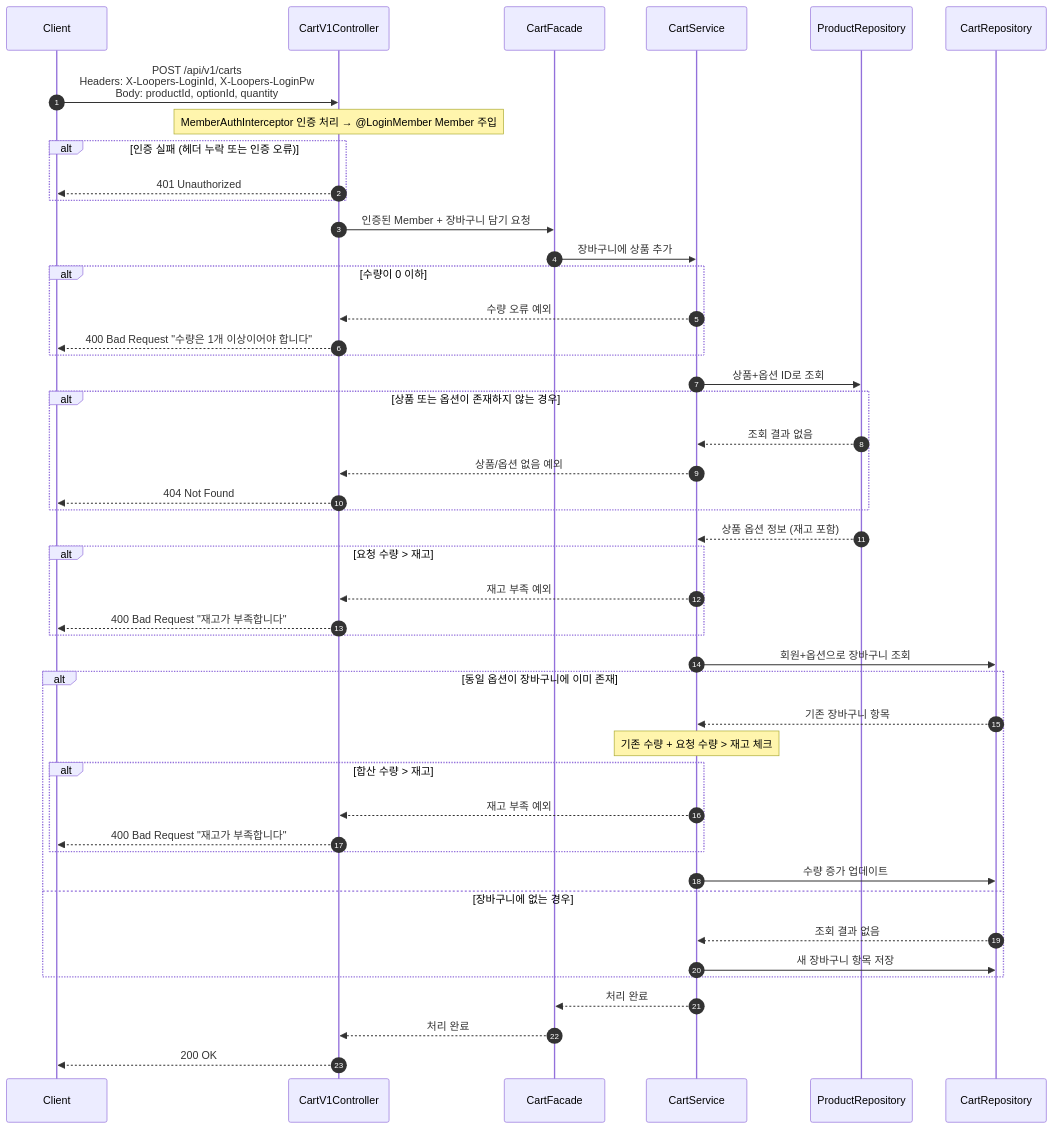
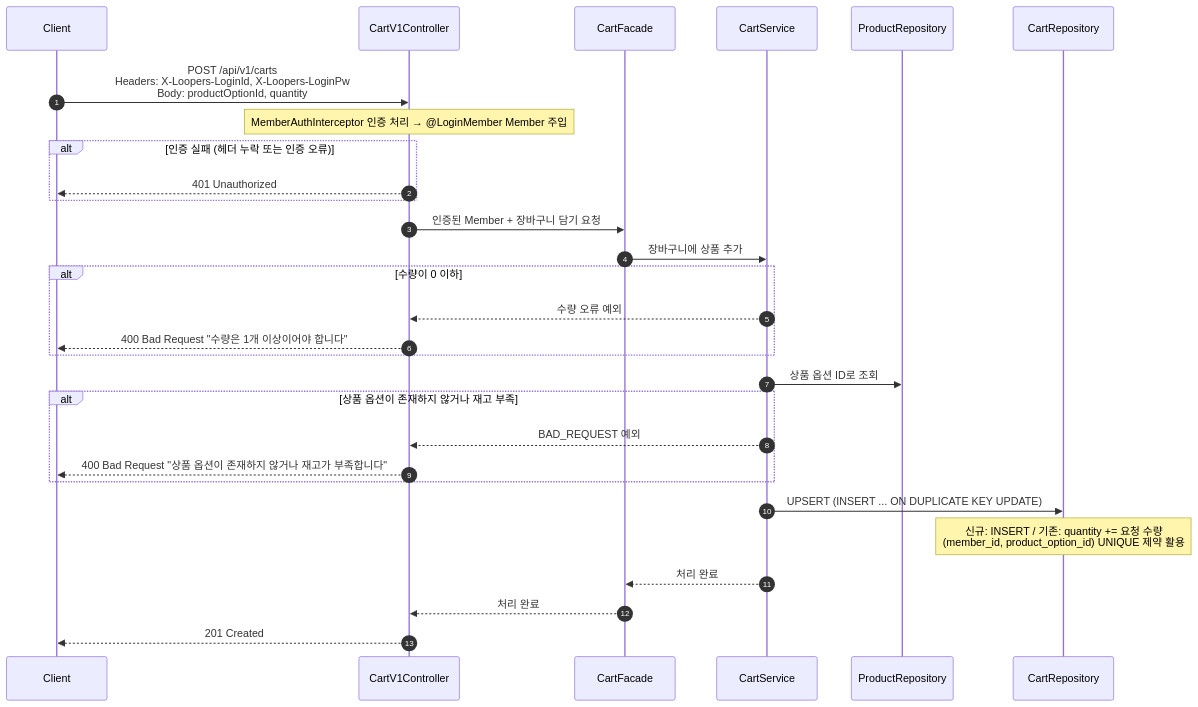
The seventh of 29 diagrams in docs/design/02-sequence-diagrams.md (jsj1215/loop-pack-be-l2-vol3-java), drawn with Mermaid before and after one commit. The commit also changed other lines of this file and 3 other files, not shown here.

````diff
--- a/docs/design/02-sequence-diagrams.md
+++ b/docs/design/02-sequence-diagrams.md
@@ -270,59 +276,39 @@
 ```mermaid
 sequenceDiagram
     autonumber
     participant Client
     participant Controller as CartV1Controller
     participant Facade as CartFacade
     participant CartService as CartService
     participant ProductRepository as ProductRepository
     participant CartRepository as CartRepository
 
-    Client->>Controller: POST /api/v1/carts<br/>Headers: X-Loopers-LoginId, X-Loopers-LoginPw<br/>Body: productId, optionId, quantity
+    Client->>Controller: POST /api/v1/carts<br/>Headers: X-Loopers-LoginId, X-Loopers-LoginPw<br/>Body: productOptionId, quantity
 
     Note over Controller: MemberAuthInterceptor 인증 처리 → @LoginMember Member 주입
     alt 인증 실패 (헤더 누락 또는 인증 오류)
         Controller-->>Client: 401 Unauthorized
     end
 
     Controller->>Facade: 인증된 Member + 장바구니 담기 요청
     Facade->>CartService: 장바구니에 상품 추가
 
     alt 수량이 0 이하
         CartService-->>Controller: 수량 오류 예외
         Controller-->>Client: 400 Bad Request "수량은 1개 이상이어야 합니다"
     end
 
-    CartService->>ProductRepository: 상품+옵션 ID로 조회
+    CartService->>ProductRepository: 상품 옵션 ID로 조회
 
-    alt 상품 또는 옵션이 존재하지 않는 경우
-        ProductRepository-->>CartService: 조회 결과 없음
-        CartService-->>Controller: 상품/옵션 없음 예외
-        Controller-->>Client: 404 Not Found
+    alt 상품 옵션이 존재하지 않거나 재고 부족
+        CartService-->>Controller: BAD_REQUEST 예외
+        Controller-->>Client: 400 Bad Request "상품 옵션이 존재하지 않거나 재고가 부족합니다"
     end
 
-    ProductRepository-->>CartService: 상품 옵션 정보 (재고 포함)
-
-    alt 요청 수량 > 재고
-        CartService-->>Controller: 재고 부족 예외
-        Controller-->>Client: 400 Bad Request "재고가 부족합니다"
-    end
-
-    CartService->>CartRepository: 회원+옵션으로 장바구니 조회
-
-    alt 동일 옵션이 장바구니에 이미 존재
-        CartRepository-->>CartService: 기존 장바구니 항목
-        Note over CartService: 기존 수량 + 요청 수량 > 재고 체크
-        alt 합산 수량 > 재고
-            CartService-->>Controller: 재고 부족 예외
-            Controller-->>Client: 400 Bad Request "재고가 부족합니다"
-        end
-        CartService->>CartRepository: 수량 증가 업데이트
-    else 장바구니에 없는 경우
-        CartRepository-->>CartService: 조회 결과 없음
-        CartService->>CartRepository: 새 장바구니 항목 저장
-    end
+    CartService->>CartRepository: UPSERT (INSERT ... ON DUPLICATE KEY UPDATE)
+    Note over CartRepository: 신규: INSERT / 기존: quantity += 요청 수량<br/>(member_id, product_option_id) UNIQUE 제약 활용
 
     CartService-->>Facade: 처리 완료
     Facade-->>Controller: 처리 완료
-    Controller-->>Client: 200 OK
+    Controller-->>Client: 201 Created
 ```
````
